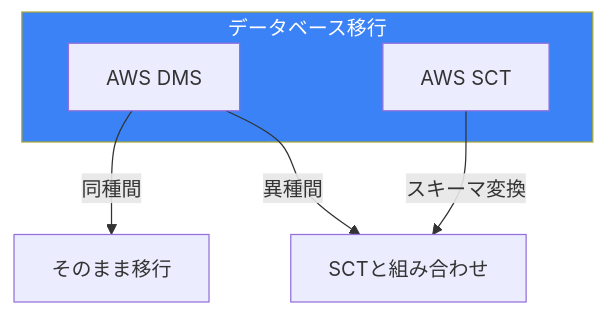
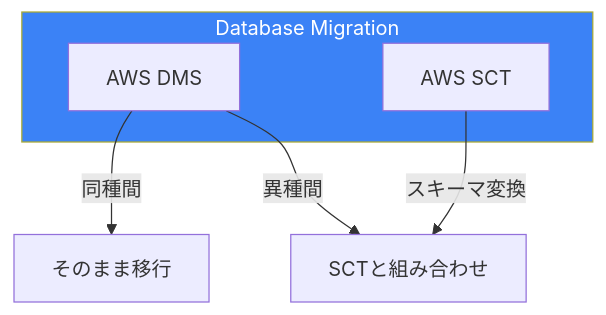
Before and after one commit to shunkus/shunku.net: diagram 11 of 11 in content/blog/ja/aws-database-migration.md, drawn with Mermaid. The commit also changed other lines of this file and 56 other files, not shown here.

````diff
--- a/content/blog/ja/aws-database-migration.md
+++ b/content/blog/ja/aws-database-migration.md
@@ -449,13 +449,13 @@
 ```mermaid
 flowchart TB
-    subgraph Migration["データベース移行"]
+    subgraph Migration["Database Migration"]
         DMS["AWS DMS"]
         SCT["AWS SCT"]
     end
 
     DMS --> |"同種間"| Homogeneous["そのまま移行"]
     DMS --> |"異種間"| Heterogeneous["SCTと組み合わせ"]
     SCT --> |"スキーマ変換"| Heterogeneous
 
     style Migration fill:#3b82f6,color:#fff
 ```
````
